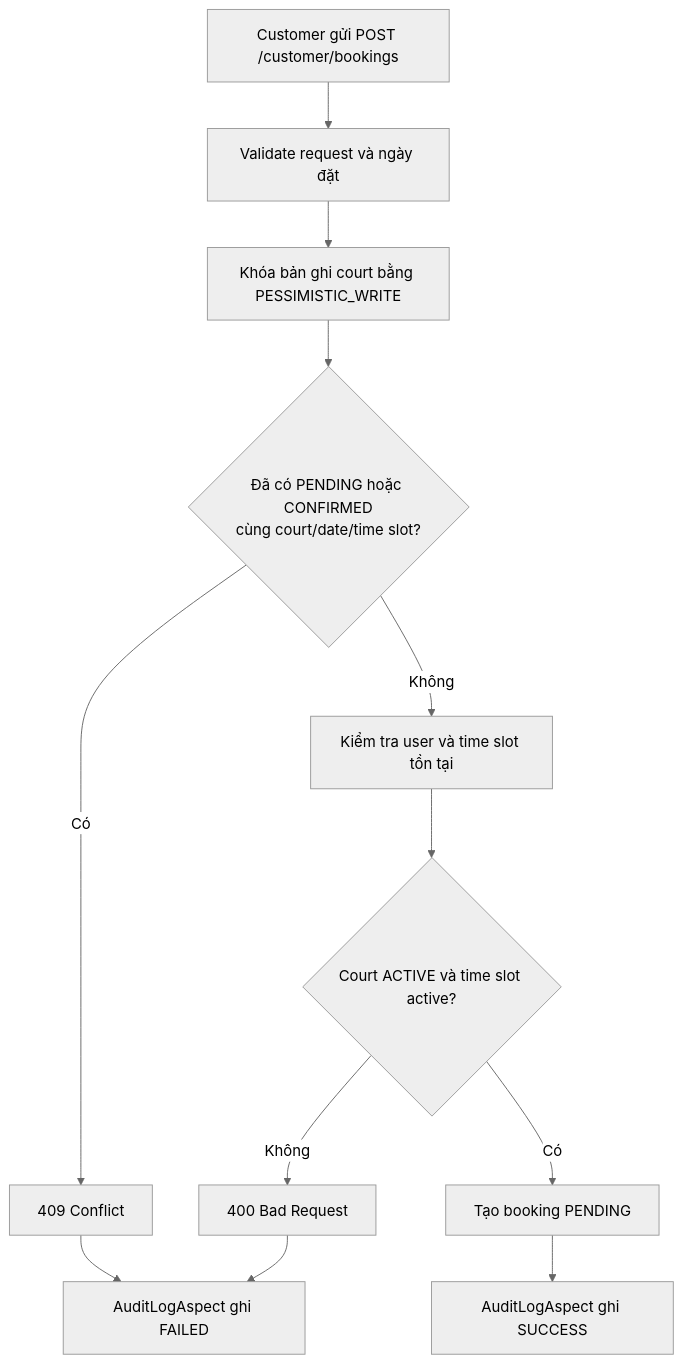
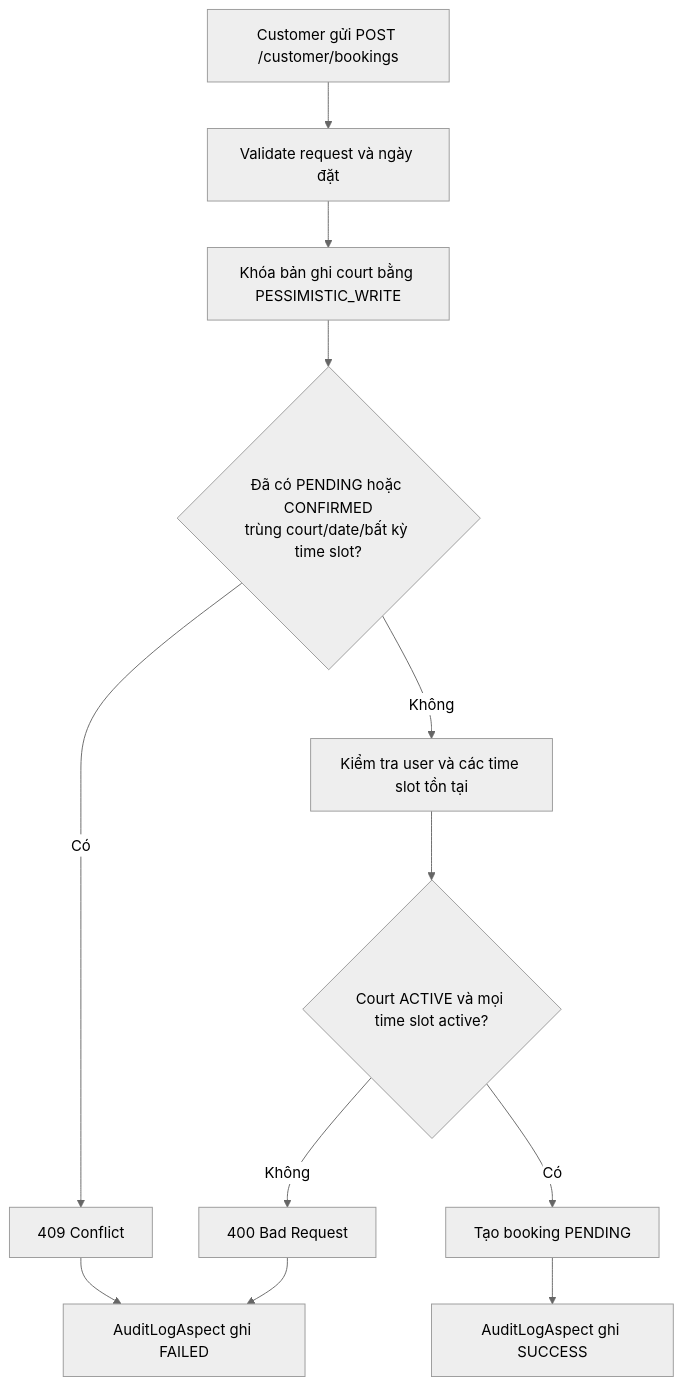
One commit to MinhNN86/IT211_JavaWebService_Project changed the fourth of 6 diagrams in README.md. Above: the diagram before and after it, drawn with Mermaid (neutral theme). The commit also changed other lines of this file and 23 other files, not shown here.

First line of the commit message:
feat(booking,court): support multiple time slots and court managers

````diff
--- a/README.md
+++ b/README.md
@@ -487,14 +514,14 @@
 ```mermaid
 flowchart TD
     A[Customer gửi POST /customer/bookings] --> B[Validate request và ngày đặt]
     B --> C[Khóa bản ghi court bằng PESSIMISTIC_WRITE]
-    C --> D{Đã có PENDING hoặc CONFIRMED<br/>cùng court/date/time slot?}
+    C --> D{Đã có PENDING hoặc CONFIRMED<br/>trùng court/date/bất kỳ time slot?}
     D -- Có --> E[409 Conflict]
-    D -- Không --> F[Kiểm tra user và time slot tồn tại]
-    F --> G{Court ACTIVE và time slot active?}
+    D -- Không --> F[Kiểm tra user và các time slot tồn tại]
+    F --> G{Court ACTIVE và mọi time slot active?}
     G -- Không --> H[400 Bad Request]
     G -- Có --> I[Tạo booking PENDING]
     I --> J[AuditLogAspect ghi SUCCESS]
     E --> K[AuditLogAspect ghi FAILED]
     H --> K
 ```
````
